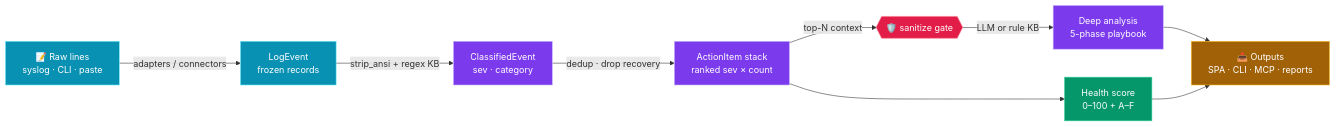
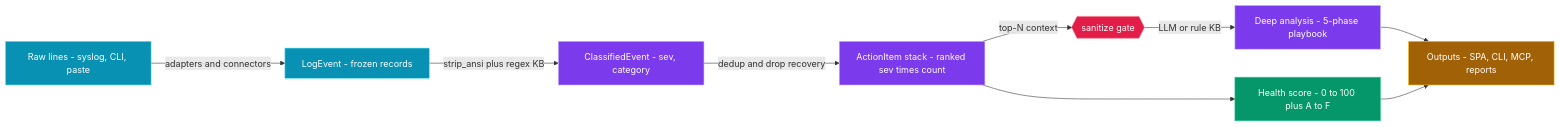
One commit to gesh75/netlog-ai changed the fourth of 7 diagrams in docs/ARCHITECTURE.md. Above: the diagram before and after it, drawn with Mermaid. The commit also changed other lines of this file and 1 other file, not shown here.

Commit message:
docs: harden mermaid diagrams for reliable GitHub rendering

````diff
--- a/docs/ARCHITECTURE.md
+++ b/docs/ARCHITECTURE.md
@@ -166,32 +166,32 @@
 ```mermaid
 flowchart LR
-    RAW["📝 Raw lines<br/>syslog · CLI · paste"]
-    EV["LogEvent<br/>frozen records"]
-    CE["ClassifiedEvent<br/>sev · category"]
-    AI["ActionItem stack<br/>ranked sev × count"]
-    GATE{{"🛡️ sanitize gate"}}
-    DEEP["Deep analysis<br/>5-phase playbook"]
-    SCORE["Health score<br/>0–100 + A–F"]
-    OUT["📤 Outputs<br/>SPA · CLI · MCP · reports"]
+    RAW["Raw lines - syslog, CLI, paste"]
+    EV["LogEvent - frozen records"]
+    CE["ClassifiedEvent - sev, category"]
+    AI["ActionItem stack - ranked sev times count"]
+    GATE{{"sanitize gate"}}
+    DEEP["Deep analysis - 5-phase playbook"]
+    SCORE["Health score - 0 to 100 plus A to F"]
+    OUT["Outputs - SPA, CLI, MCP, reports"]
 
-    RAW -->|adapters / connectors| EV
-    EV -->|strip_ansi + regex KB| CE
-    CE -->|dedup · drop recovery| AI
+    RAW -->|adapters and connectors| EV
+    EV -->|strip_ansi plus regex KB| CE
+    CE -->|dedup and drop recovery| AI
     AI -->|top-N context| GATE
     GATE -->|LLM or rule KB| DEEP
     AI --> SCORE
     DEEP --> OUT
     SCORE --> OUT
 
     classDef raw   fill:#0891b2,stroke:#67e8f9,color:#fff
     classDef stage fill:#7c3aed,stroke:#c4b5fd,color:#fff
     classDef gate  fill:#e11d48,stroke:#fb7185,color:#fff
     classDef score fill:#059669,stroke:#34d399,color:#fff
     classDef out   fill:#a16207,stroke:#fbbf24,color:#fff
 
     class RAW,EV raw
     class CE,AI,DEEP stage
     class GATE gate
     class SCORE score
     class OUT out
 ```
````
